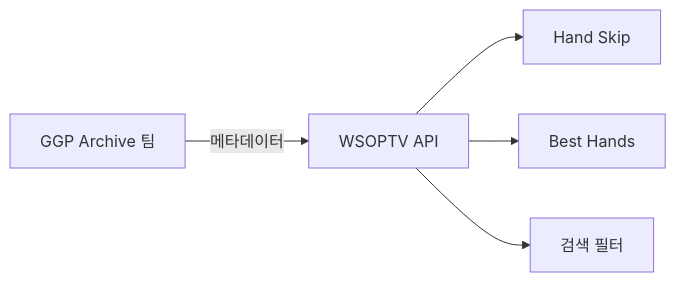
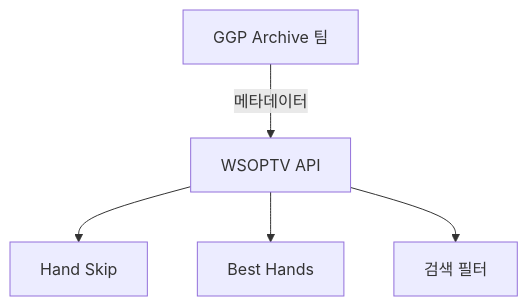
One commit to garimto81/wsoptv_v2 changed the seventh of 7 diagrams in tasks/prds/0010-prd-wsoptv/03-content-strategy.md. Above: the diagram before and after it, drawn with Mermaid. The commit also changed other lines of this file, not shown here.

````diff
--- a/tasks/prds/0010-prd-wsoptv/03-content-strategy.md
+++ b/tasks/prds/0010-prd-wsoptv/03-content-strategy.md
@@ -333,8 +383,9 @@
 ```mermaid
-flowchart LR
-    GGP["GGP Archive 팀"] -->|"메타데이터"| API["WSOPTV API"]
+flowchart TB
+    GGP["GGP Archive 팀"]
+    GGP -->|"메타데이터"| API["WSOPTV API"]
 
     API --> HS["Hand Skip"]
     API --> BH["Best Hands"]
     API --> SEARCH["검색 필터"]
 ```
````
